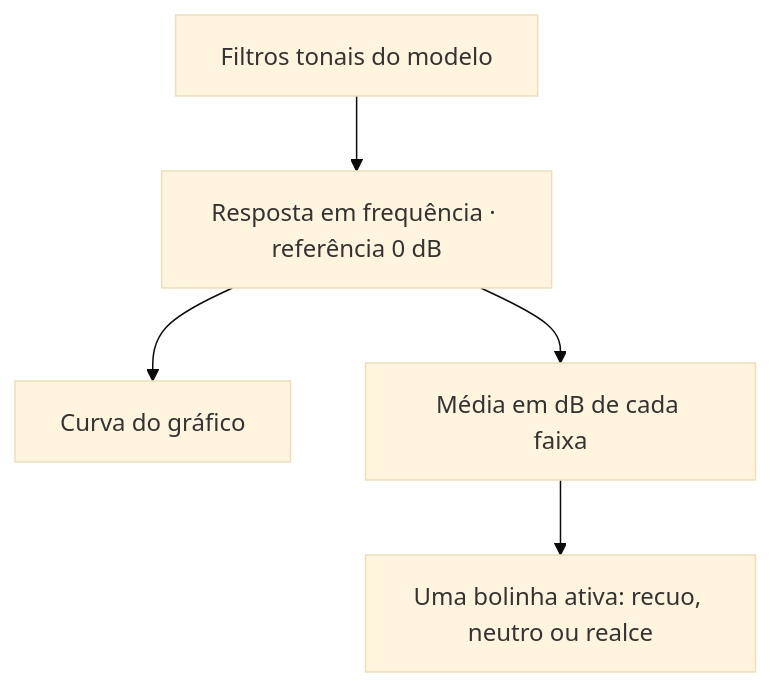
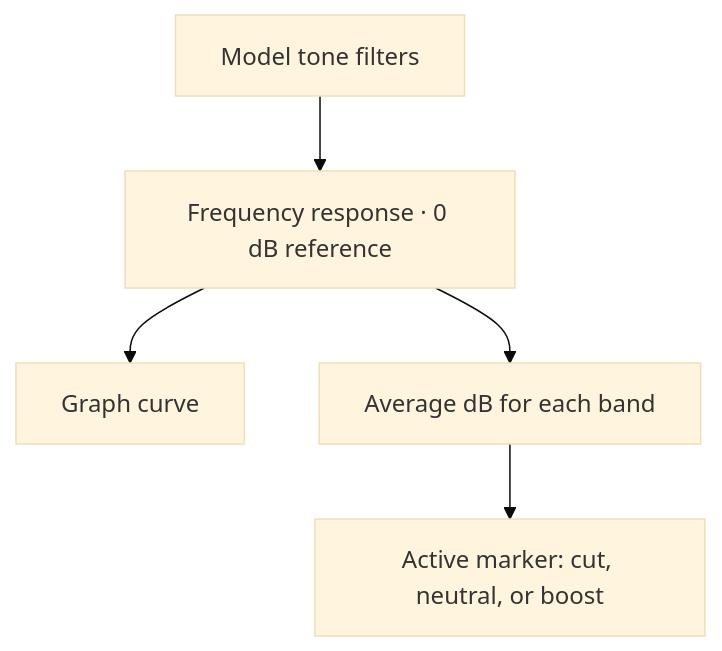
Before and after one commit to gperegr/AudioSystem: the diagram in docs/diagrams/assinatura-sonora-01.mmd, drawn with Mermaid (base theme). The commit also changed 79 other files, not shown here.

```diff
--- a/docs/diagrams/assinatura-sonora-01.mmd
+++ b/docs/diagrams/assinatura-sonora-01.mmd
@@ -1,5 +1,5 @@
 flowchart TD
-    F["Filtros tonais do modelo"] --> C["Resposta em frequência · referência 0 dB"]
-    C --> G["Curva do gráfico"]
-    C --> M["Média em dB de cada faixa"]
-    M --> I["Uma bolinha ativa: recuo, neutro ou realce"]
+    F["Model tone filters"] --> C["Frequency response · 0 dB reference"]
+    C --> G["Graph curve"]
+    C --> M["Average dB for each band"]
+    M --> I["Active marker: cut, neutral, or boost"]
```
